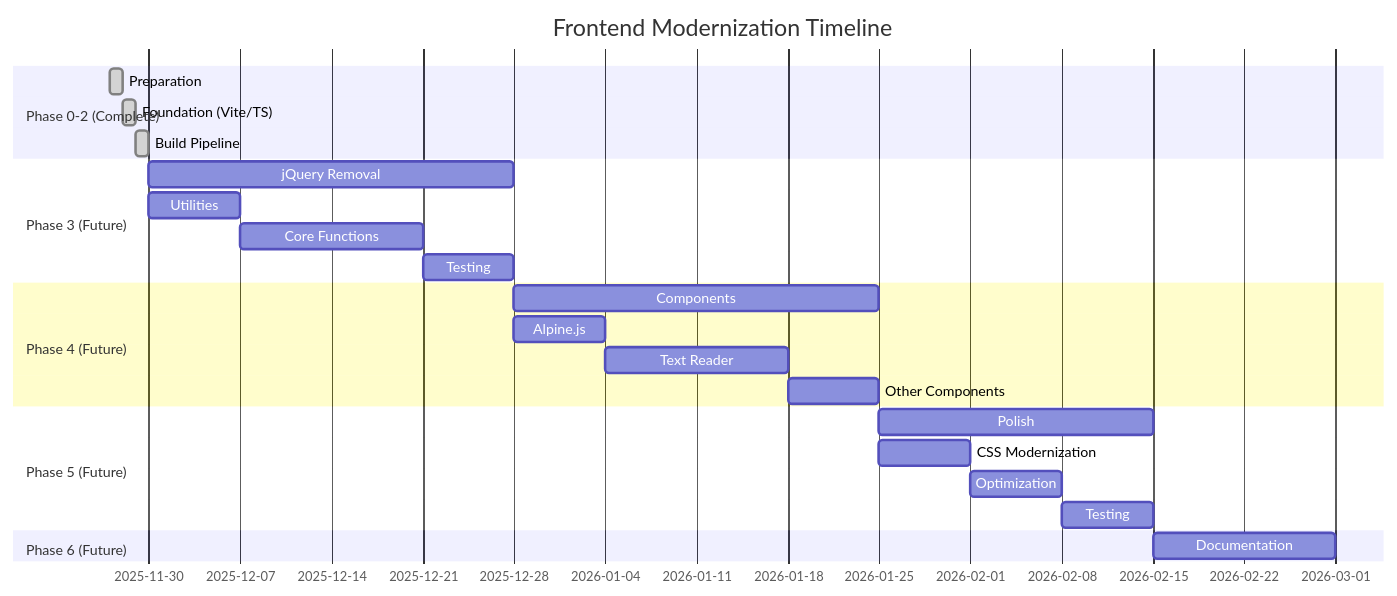
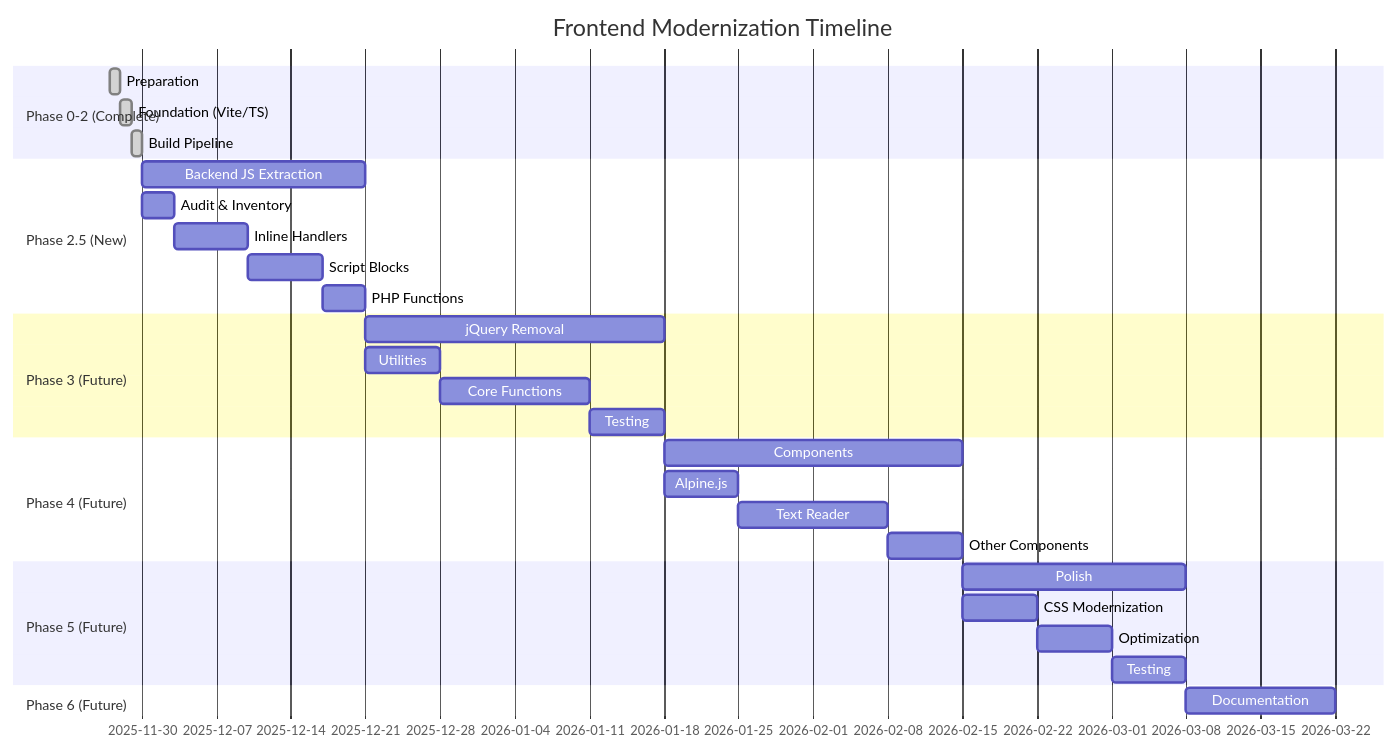
One commit to HugoFara/lwt changed the diagram in FRONTEND_MODERNIZATION_PLAN.md. Above: the diagram before and after it, drawn with Mermaid. The commit also changed other lines of this file and 6 other files, not shown here.

````diff
--- a/FRONTEND_MODERNIZATION_PLAN.md
+++ b/FRONTEND_MODERNIZATION_PLAN.md
@@ -2386,31 +2742,38 @@
 ```mermaid
 gantt
     title Frontend Modernization Timeline
     dateFormat YYYY-MM-DD
 
     section Phase 0-2 (Complete)
     Preparation           :done, p0, 2025-11-27, 1d
     Foundation (Vite/TS)  :done, p1, after p0, 1d
     Build Pipeline        :done, p2, after p1, 1d
 
+    section Phase 2.5 (New)
+    Backend JS Extraction :p25, after p2, 3w
+    Audit & Inventory     :p25a, after p2, 3d
+    Inline Handlers       :p25b, after p25a, 1w
+    Script Blocks         :p25c, after p25b, 1w
+    PHP Functions         :p25d, after p25c, 4d
+
     section Phase 3 (Future)
-    jQuery Removal        :p3, after p2, 4w
-    Utilities             :p3a, after p2, 1w
+    jQuery Removal        :p3, after p25, 4w
+    Utilities             :p3a, after p25, 1w
     Core Functions        :p3b, after p3a, 2w
     Testing               :p3c, after p3b, 1w
 
     section Phase 4 (Future)
     Components            :p4, after p3, 4w
     Alpine.js             :p4a, after p3, 1w
     Text Reader           :p4b, after p4a, 2w
     Other Components      :p4c, after p4b, 1w
 
     section Phase 5 (Future)
     Polish                :p5, after p4, 3w
     CSS Modernization     :p5a, after p4, 1w
     Optimization          :p5b, after p5a, 1w
     Testing               :p5c, after p5b, 1w
 
     section Phase 6 (Future)
     Documentation         :p6, after p5, 2w
 ```
````
